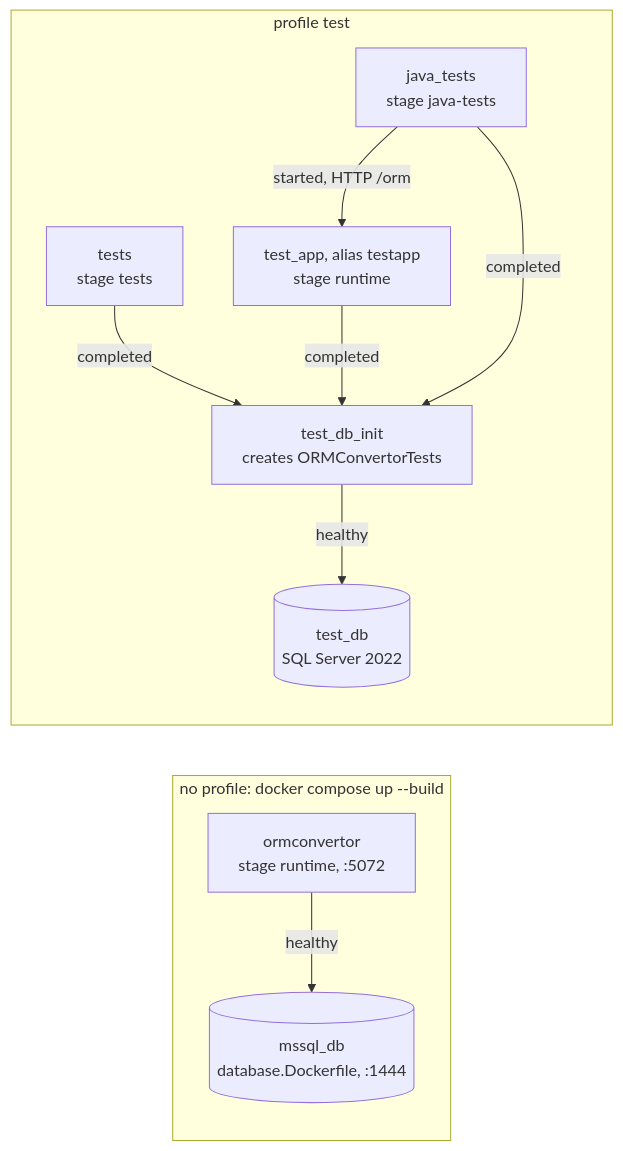
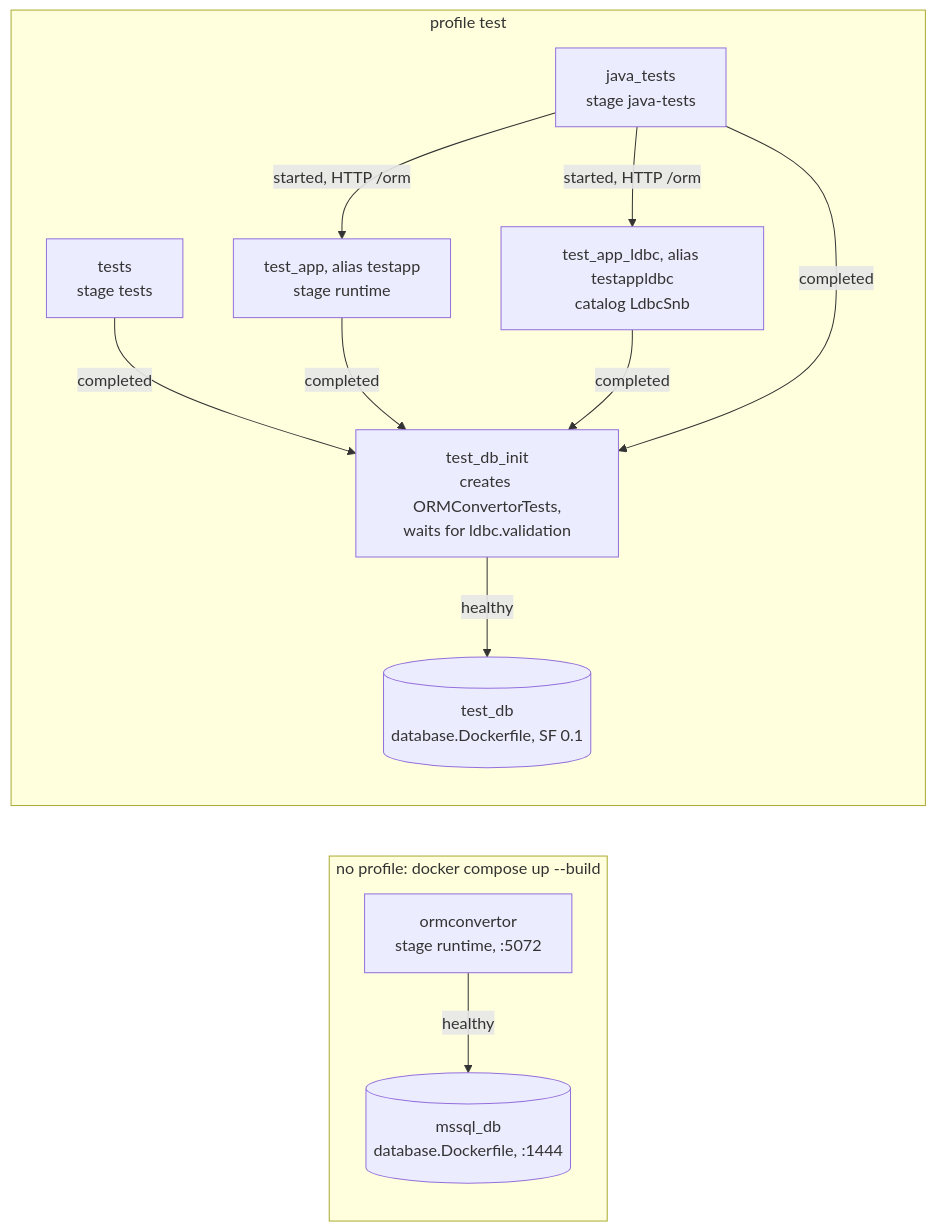
Before and after one commit to MiraStochel/orm-convertor: the first of 2 diagrams in ORMConvertor/README.md, drawn with Mermaid. The commit also changed other lines of this file and 64 other files, not shown here.

Commit message:
Judge the LDBC catalog with the Interactive v1 validation set

````diff
--- a/ORMConvertor/README.md
+++ b/ORMConvertor/README.md
@@ -30,20 +30,23 @@
 ```mermaid
 flowchart LR
   subgraph sys["no profile: docker compose up --build"]
     app["ormconvertor<br/>stage runtime, :5072"]
     db[("mssql_db<br/>database.Dockerfile, :1444")]
   end
   subgraph tst["profile test"]
-    tdb[("test_db<br/>SQL Server 2022")]
-    init["test_db_init<br/>creates ORMConvertorTests"]
+    tdb[("test_db<br/>database.Dockerfile, SF 0.1")]
+    init["test_db_init<br/>creates ORMConvertorTests,<br/>waits for ldbc.validation"]
     tests["tests<br/>stage tests"]
     tapp["test_app, alias testapp<br/>stage runtime"]
+    tappl["test_app_ldbc, alias testappldbc<br/>catalog LdbcSnb"]
     jt["java_tests<br/>stage java-tests"]
   end
   app -- healthy --> db
   init -- healthy --> tdb
   tests -- completed --> init
   tapp -- completed --> init
+  tappl -- completed --> init
   jt -- completed --> init
   jt -- "started, HTTP /orm" --> tapp
+  jt -- "started, HTTP /orm" --> tappl
 ```
````
